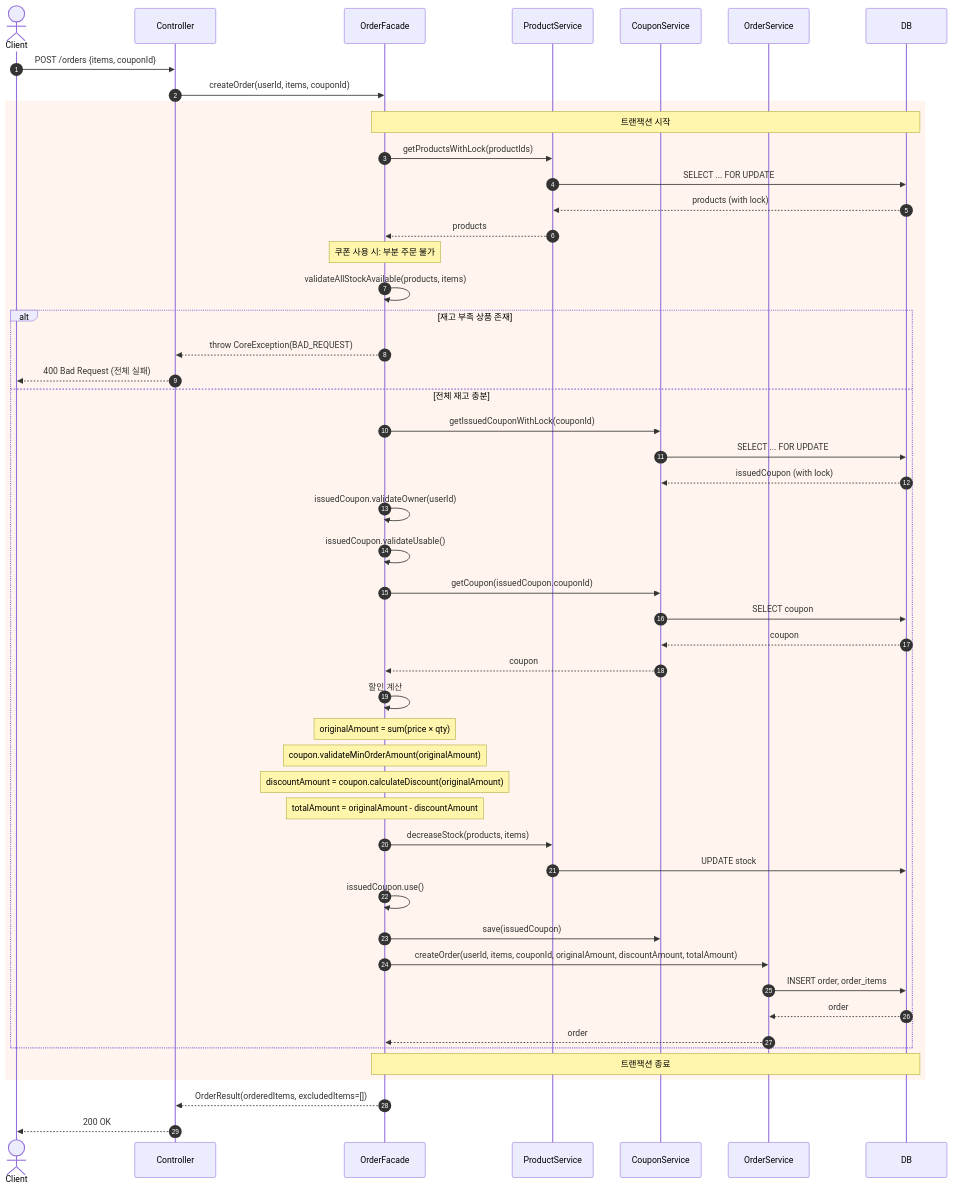
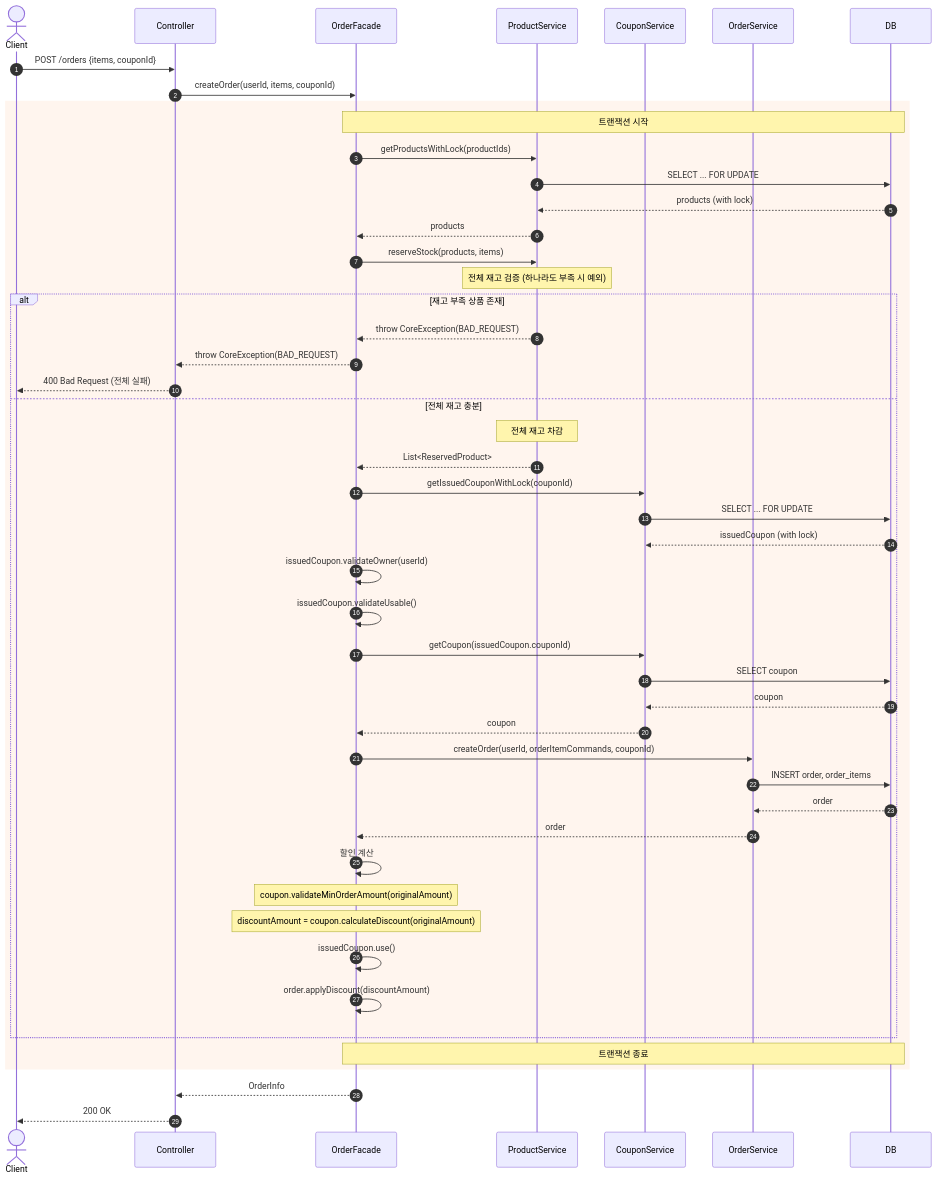
The sixth of 7 diagrams in docs/design/02-sequence-diagrams.md (Loopers-dev-lab/loop-pack-be-l2-vol3-kotlin), drawn with Mermaid before and after one commit. The commit also changed other lines of this file and 2 other files, not shown here.

````diff
--- a/docs/design/02-sequence-diagrams.md
+++ b/docs/design/02-sequence-diagrams.md
@@ -421,65 +420,64 @@
 ```mermaid
 sequenceDiagram
     autonumber
     actor Client
     participant Controller
     participant Facade as OrderFacade
     participant ProductService
     participant CouponService
     participant OrderService
     participant DB
 
     Client->>Controller: POST /orders {items, couponId}
     Controller->>Facade: createOrder(userId, items, couponId)
 
     rect rgb(255, 245, 238)
         Note over Facade,DB: 트랜잭션 시작
 
         Facade->>ProductService: getProductsWithLock(productIds)
         ProductService->>DB: SELECT ... FOR UPDATE
         DB-->>ProductService: products (with lock)
         ProductService-->>Facade: products
 
-        Note over Facade: 쿠폰 사용 시: 부분 주문 불가
-        Facade->>Facade: validateAllStockAvailable(products, items)
+        Facade->>ProductService: reserveStock(products, items)
+        Note over ProductService: 전체 재고 검증 (하나라도 부족 시 예외)
 
         alt 재고 부족 상품 존재
+            ProductService-->>Facade: throw CoreException(BAD_REQUEST)
             Facade-->>Controller: throw CoreException(BAD_REQUEST)
             Controller-->>Client: 400 Bad Request (전체 실패)
         else 전체 재고 충분
+            Note over ProductService: 전체 재고 차감
+            ProductService-->>Facade: List<ReservedProduct>
+
             Facade->>CouponService: getIssuedCouponWithLock(couponId)
             CouponService->>DB: SELECT ... FOR UPDATE
             DB-->>CouponService: issuedCoupon (with lock)
 
             Facade->>Facade: issuedCoupon.validateOwner(userId)
             Facade->>Facade: issuedCoupon.validateUsable()
 
             Facade->>CouponService: getCoupon(issuedCoupon.couponId)
             CouponService->>DB: SELECT coupon
             DB-->>CouponService: coupon
             CouponService-->>Facade: coupon
 
-            Facade->>Facade: 할인 계산
-            Note over Facade: originalAmount = sum(price × qty)
-            Note over Facade: coupon.validateMinOrderAmount(originalAmount)
-            Note over Facade: discountAmount = coupon.calculateDiscount(originalAmount)
-            Note over Facade: totalAmount = originalAmount - discountAmount
-
-            Facade->>ProductService: decreaseStock(products, items)
-            ProductService->>DB: UPDATE stock
-
-            Facade->>Facade: issuedCoupon.use()
-            Facade->>CouponService: save(issuedCoupon)
-
-            Facade->>OrderService: createOrder(userId, items, couponId, originalAmount, discountAmount, totalAmount)
+            Facade->>OrderService: createOrder(userId, orderItemCommands, couponId)
             OrderService->>DB: INSERT order, order_items
             DB-->>OrderService: order
             OrderService-->>Facade: order
+
+            Facade->>Facade: 할인 계산
+            Note over Facade: coupon.validateMinOrderAmount(originalAmount)
+            Note over Facade: discountAmount = coupon.calculateDiscount(originalAmount)
+
+            Facade->>Facade: issuedCoupon.use()
+            Facade->>Facade: order.applyDiscount(discountAmount)
         end
 
         Note over Facade,DB: 트랜잭션 종료
     end
 
-    Facade-->>Controller: OrderResult(orderedItems, excludedItems=[])
+    Facade-->>Controller: OrderInfo
     Controller-->>Client: 200 OK
 ```
````
